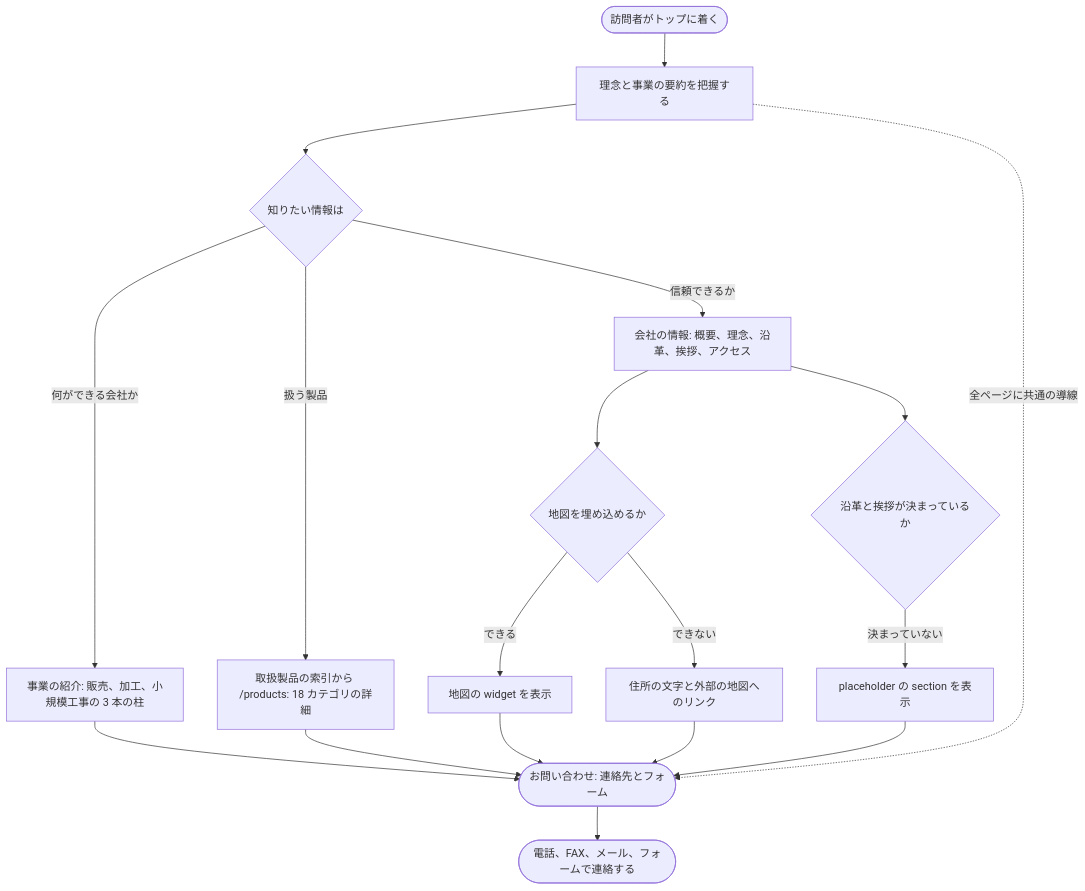
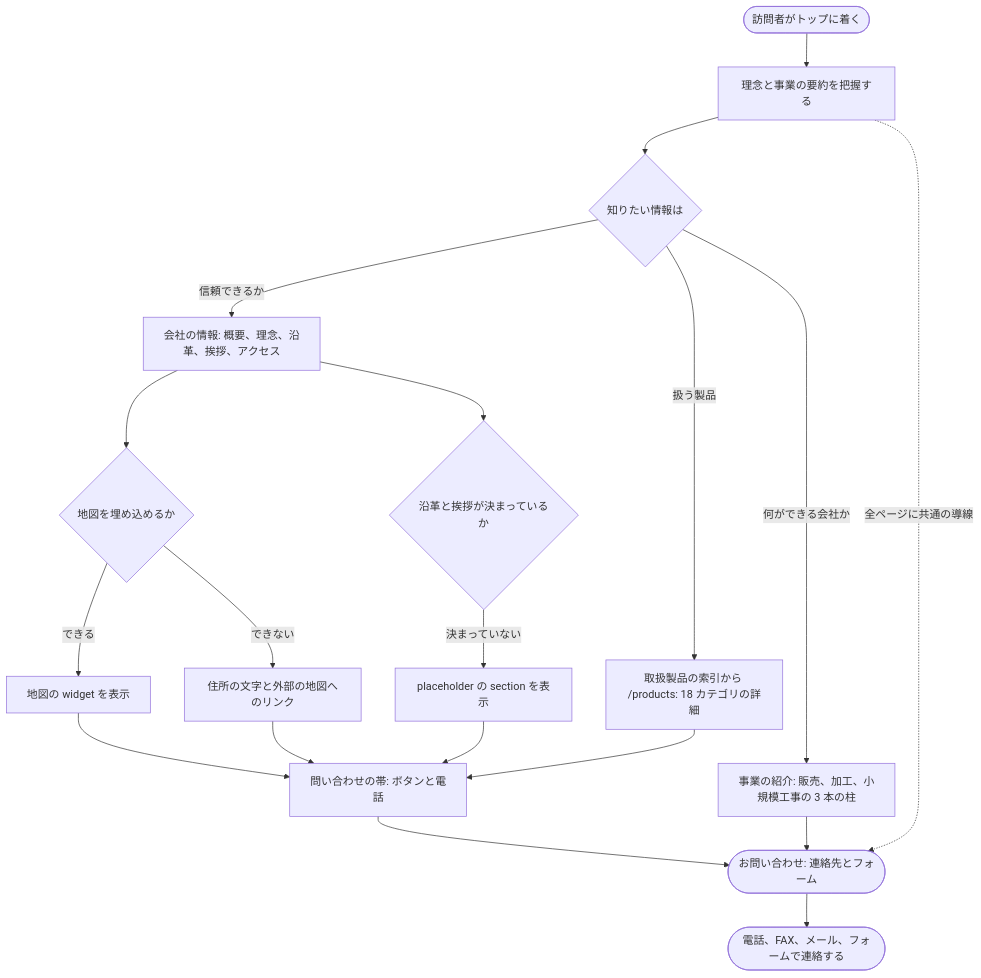
The second of 3 diagrams in apps/corporate-site/DesignDoc.md (Fukuemon/kufu-apps), drawn with Mermaid before and after one commit. The commit also changed other lines of this file and 1 other file, not shown here.

````diff
--- a/apps/corporate-site/DesignDoc.md
+++ b/apps/corporate-site/DesignDoc.md
@@ -122,22 +132,23 @@
 ```mermaid
 flowchart TD
     Start(["訪問者がトップに着く"]) --> Hero["理念と事業の要約を把握する"]
     Hero --> Decide{"知りたい情報は"}
     Decide -->|"何ができる会社か"| Services["事業の紹介: 販売、加工、小規模工事の 3 本の柱"]
     Decide -->|"扱う製品"| Products["取扱製品の索引から /products: 18 カテゴリの詳細"]
     Decide -->|"信頼できるか"| Company["会社の情報: 概要、理念、沿革、挨拶、アクセス"]
 
     Company --> MapCheck{"地図を埋め込めるか"}
     MapCheck -->|"できる"| MapEmbed["地図の widget を表示"]
     MapCheck -->|"できない"| MapLink["住所の文字と外部の地図へのリンク"]
     Company --> ContentCheck{"沿革と挨拶が決まっているか"}
     ContentCheck -->|"決まっていない"| Placeholder["placeholder の section を表示"]
 
+    MapEmbed --> Band["問い合わせの帯: ボタンと電話"]
+    MapLink --> Band
+    Placeholder --> Band
+    Products --> Band
+    Band --> Contact
     Services --> Contact
-    Products --> Contact
-    MapEmbed --> Contact
-    MapLink --> Contact
-    Placeholder --> Contact
     Hero -.->|"全ページに共通の導線"| Contact
     Contact(["お問い合わせ: 連絡先とフォーム"]) --> Goal(["電話、FAX、メール、フォームで連絡する"])
 ```
````
